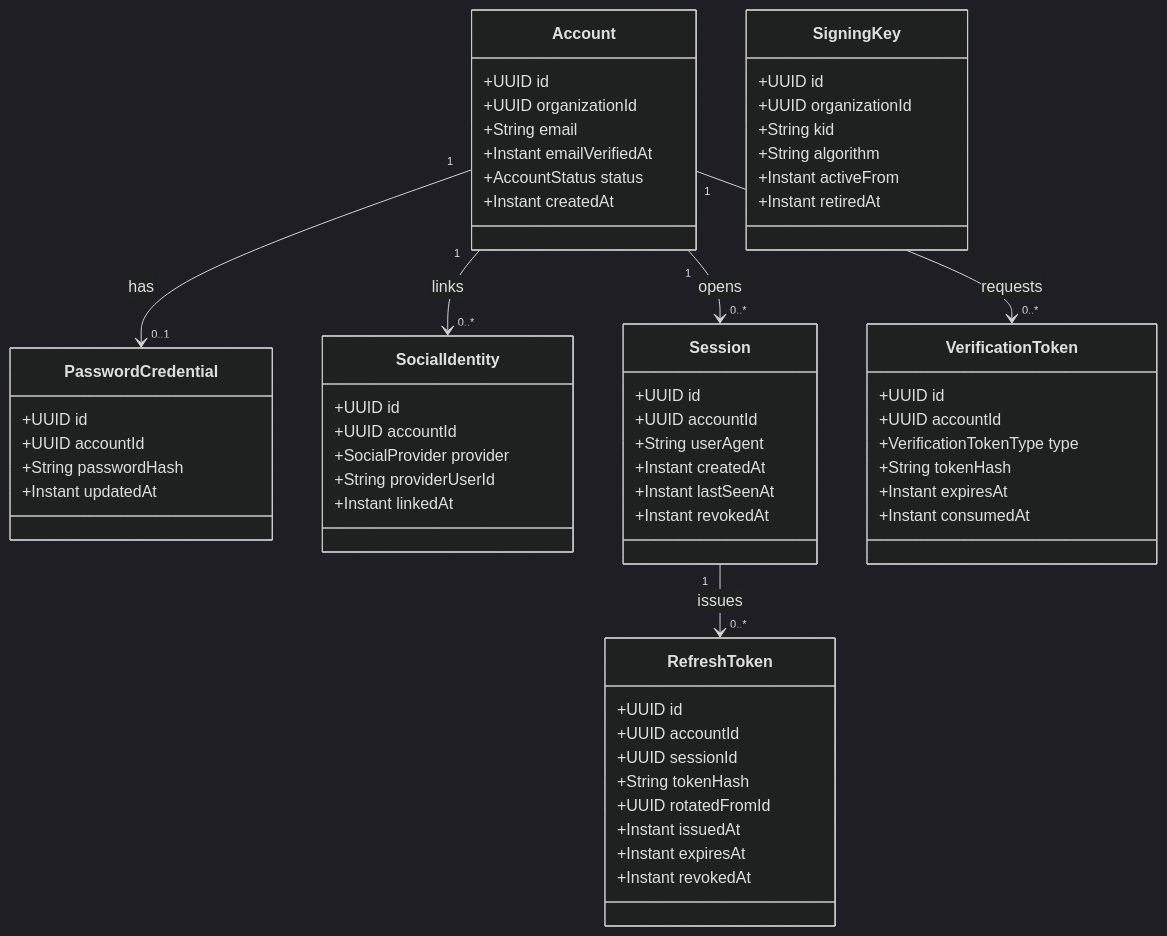
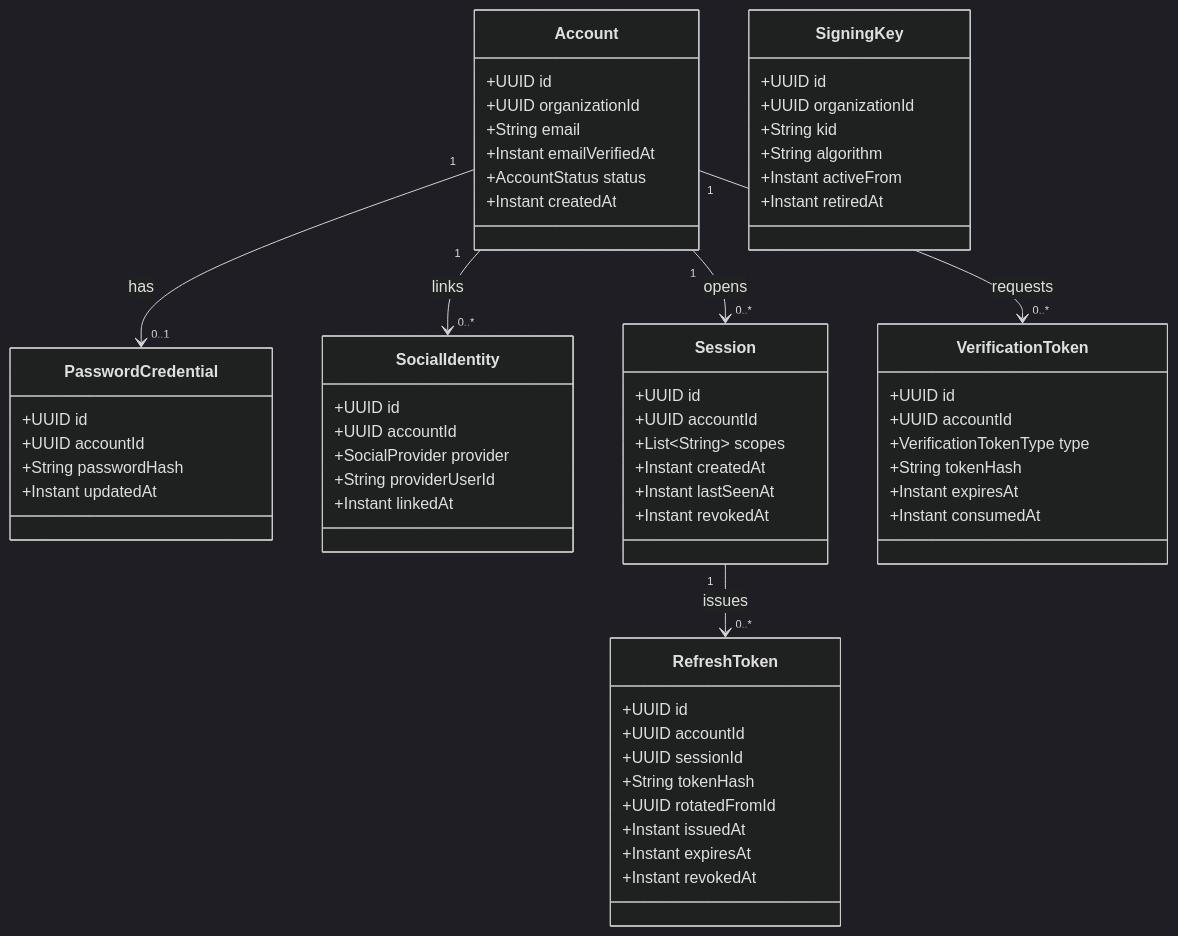
Before and after one commit to RedeArmy/Clavaris: the first of 6 diagrams in docs/02-domain/domain-model.md, drawn with Mermaid (dark theme). The commit also changed other lines of this file and 2 other files, not shown here.

````diff
--- a/docs/02-domain/domain-model.md
+++ b/docs/02-domain/domain-model.md
@@ -11,64 +11,64 @@
 ```mermaid
 classDiagram
     class Account {
         +UUID id
         +UUID organizationId
         +String email
         +Instant emailVerifiedAt
         +AccountStatus status
         +Instant createdAt
     }
     class PasswordCredential {
         +UUID id
         +UUID accountId
         +String passwordHash
         +Instant updatedAt
     }
     class SocialIdentity {
         +UUID id
         +UUID accountId
         +SocialProvider provider
         +String providerUserId
         +Instant linkedAt
     }
     class Session {
         +UUID id
         +UUID accountId
-        +String userAgent
+        +List~String~ scopes
         +Instant createdAt
         +Instant lastSeenAt
         +Instant revokedAt
     }
     class RefreshToken {
         +UUID id
         +UUID accountId
         +UUID sessionId
         +String tokenHash
         +UUID rotatedFromId
         +Instant issuedAt
         +Instant expiresAt
         +Instant revokedAt
     }
     class SigningKey {
         +UUID id
         +UUID organizationId
         +String kid
         +String algorithm
         +Instant activeFrom
         +Instant retiredAt
     }
     class VerificationToken {
         +UUID id
         +UUID accountId
         +VerificationTokenType type
         +String tokenHash
         +Instant expiresAt
         +Instant consumedAt
     }
 
     Account "1" --> "0..1" PasswordCredential : has
     Account "1" --> "0..*" SocialIdentity : links
     Account "1" --> "0..*" Session : opens
     Session "1" --> "0..*" RefreshToken : issues
     Account "1" --> "0..*" VerificationToken : requests
 ```
````
